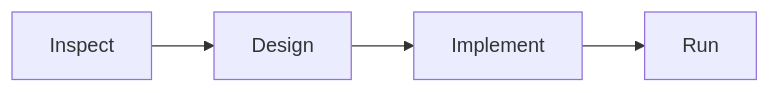
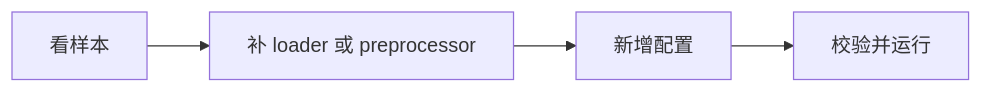
Diagram 14 of 14 in docs/guide/framework_overview_zh.md (HiThink-Research/GAGE), drawn with Mermaid before and after one commit. The commit also changed other lines of this file and 614 other files, not shown here.

````diff
--- a/docs/guide/framework_overview_zh.md
+++ b/docs/guide/framework_overview_zh.md
@@ -1306,4 +1299,4 @@
 ```mermaid
 flowchart LR
-  I[Inspect] --> D[Design] --> M[Implement] --> R[Run]
+  I[看样本] --> P[补 loader 或 preprocessor] --> C[新增配置] --> R[校验并运行]
 ```
````
